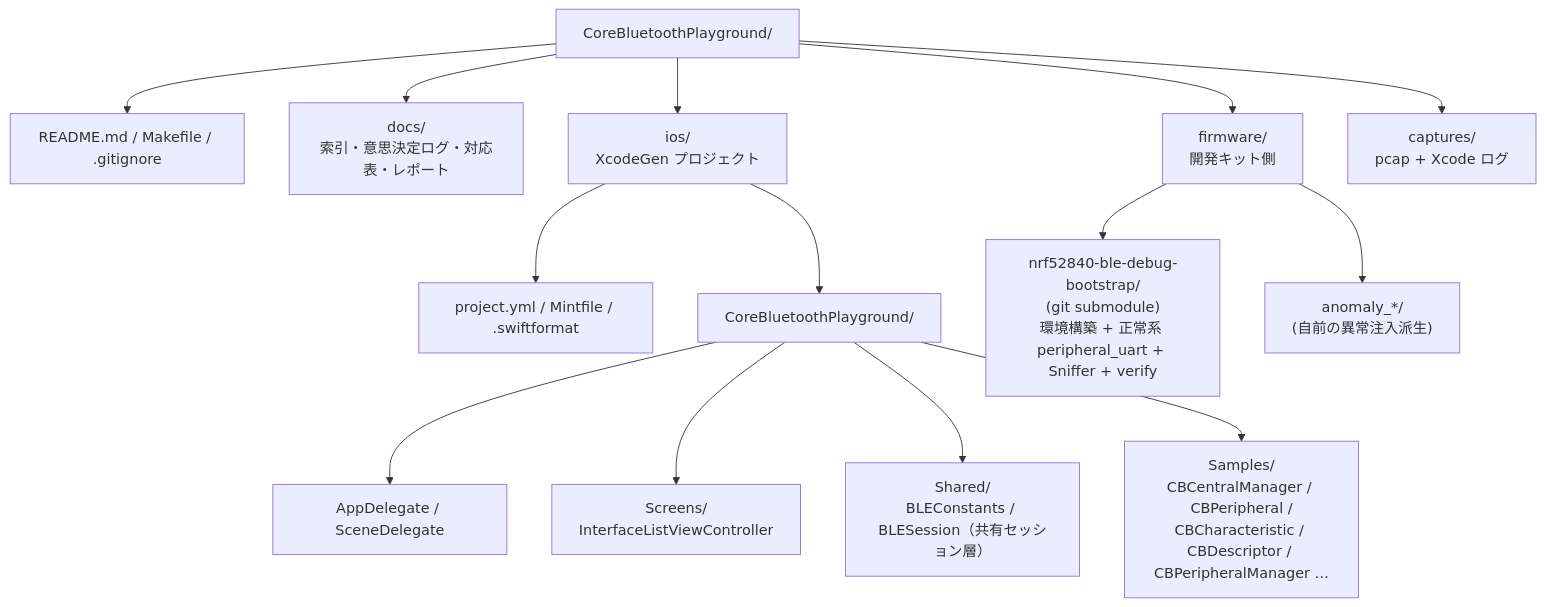
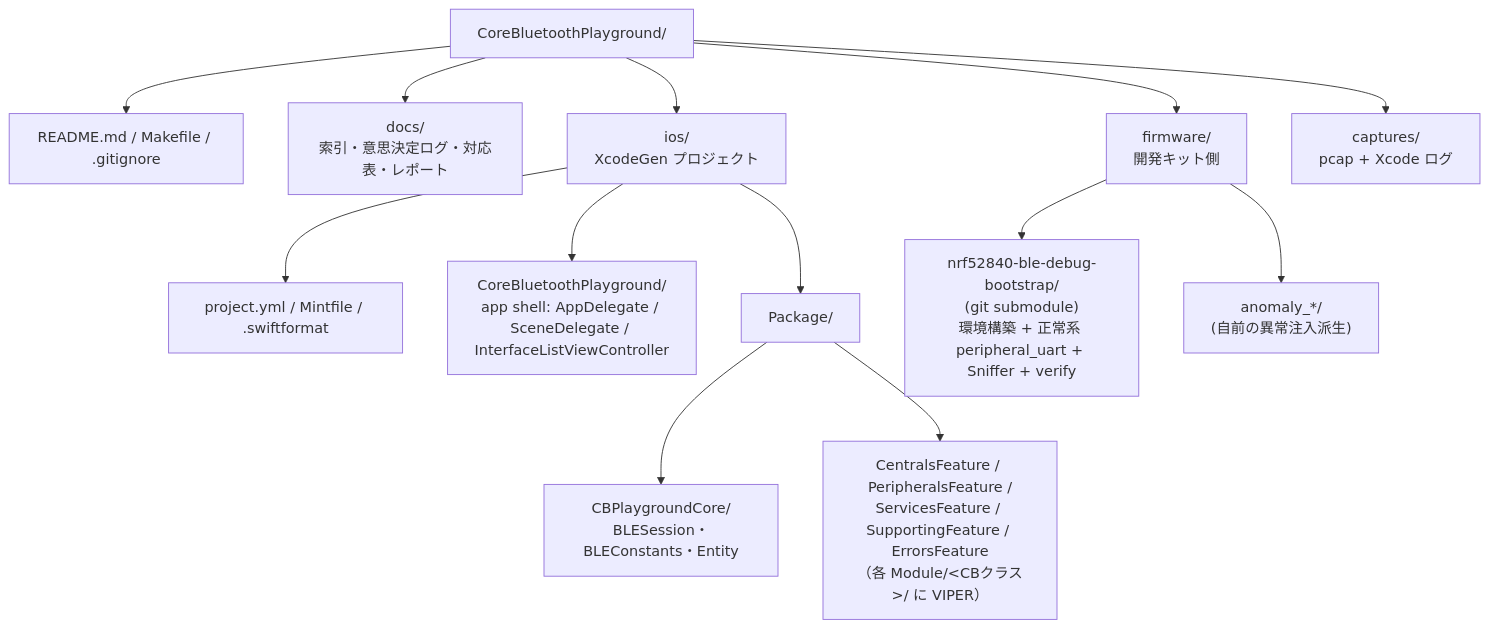
Before and after one commit to kokiTakashiki/CoreBluetoothPlayground: the tenth of 10 diagrams in docs/IMPLEMENTATION_PLAN.md, drawn with Mermaid. The commit also changed other lines of this file and 18 other files, not shown here.

First line of the commit message:
PR1: SwiftPM 機能パッケージ + VIPER へ再編（CBCentralManager を初モジュール化）

````diff
--- a/docs/IMPLEMENTATION_PLAN.md
+++ b/docs/IMPLEMENTATION_PLAN.md
@@ -441,19 +465,18 @@
 ```mermaid
 graph TD
     ROOT["CoreBluetoothPlayground/"]
     ROOT --> RD["README.md / Makefile / .gitignore"]
     ROOT --> DOCS["docs/<br/>索引・意思決定ログ・対応表・レポート"]
     ROOT --> IOS["ios/<br/>XcodeGen プロジェクト"]
     ROOT --> FW["firmware/<br/>開発キット側"]
     ROOT --> CAP["captures/<br/>pcap + Xcode ログ"]
 
     IOS --> PROJ["project.yml / Mintfile / .swiftformat"]
-    IOS --> APP["CoreBluetoothPlayground/"]
-    APP --> ENTRY["AppDelegate / SceneDelegate"]
-    APP --> SCR["Screens/<br/>InterfaceListViewController"]
-    APP --> SHARED["Shared/<br/>BLEConstants / BLESession（共有セッション層）"]
-    APP --> SAMPLES["Samples/<br/>CBCentralManager / CBPeripheral /<br/>CBCharacteristic / CBDescriptor / CBPeripheralManager …"]
+    IOS --> APP["CoreBluetoothPlayground/<br/>app shell: AppDelegate / SceneDelegate / InterfaceListViewController"]
+    IOS --> PKG["Package/"]
+    PKG --> CORE3["CBPlaygroundCore/<br/>BLESession・BLEConstants・Entity"]
+    PKG --> FEAT["CentralsFeature / PeripheralsFeature /<br/>ServicesFeature / SupportingFeature / ErrorsFeature<br/>（各 Module/&lt;CBクラス&gt;/ に VIPER）"]
 
     FW --> SUB["nrf52840-ble-debug-bootstrap/<br/>(git submodule)<br/>環境構築 + 正常系 peripheral_uart + Sniffer + verify"]
     FW --> FWA["anomaly_*/<br/>(自前の異常注入派生)"]
 ```
````
